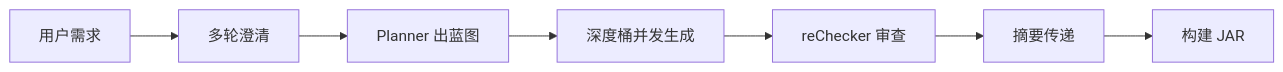
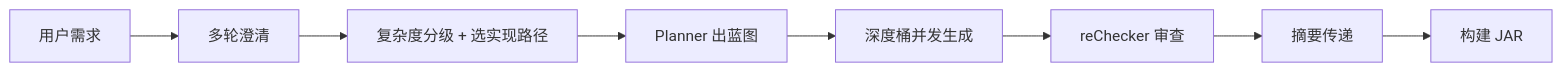
Before and after one commit to superwfox/minecraft-dev: the diagram in docs/guide/introduction.md, drawn with Mermaid. The commit also changed other lines of this file and 8 other files, not shown here.

First line of the commit message:
文档大幅更新:补齐落后的交互/工作流 + 新增蓝图/技能库两页

````diff
--- a/docs/guide/introduction.md
+++ b/docs/guide/introduction.md
@@ -58,9 +63,10 @@
 ```mermaid
 graph LR
     A[用户需求] --> A1[多轮澄清]
-    A1 --> B[Planner 出蓝图]
+    A1 --> A2[复杂度分级 + 选实现路径]
+    A2 --> B[Planner 出蓝图]
     B --> C[深度桶并发生成]
     C --> D[reChecker 审查]
     D --> E[摘要传递]
     E --> F[构建 JAR]
 ```
````
